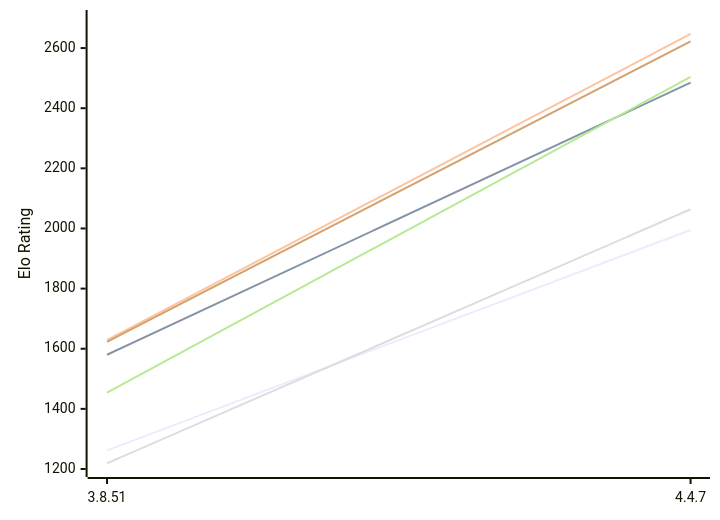
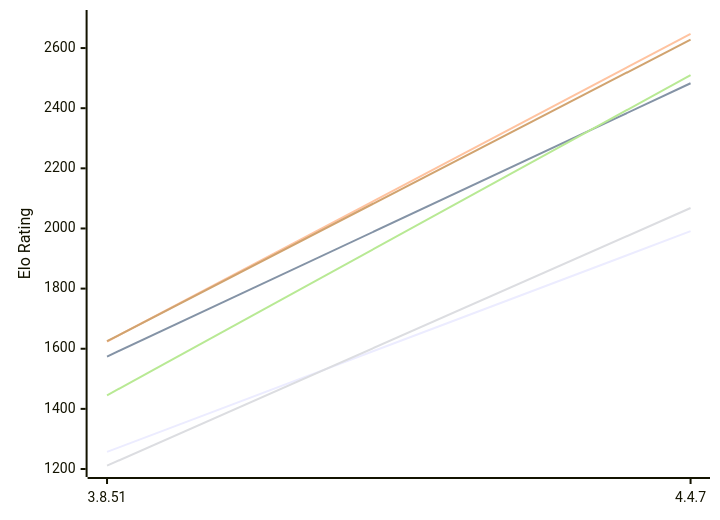
The first of 2 diagrams in engines/Scoria.md (computer-chess-index/cci), drawn with Mermaid before and after one commit. The commit also changed other lines of this file, not shown here.

Commit message:
Update CCI Ratings (ELO VLTC) - 2026-11-21

````diff
--- a/engines/Scoria.md
+++ b/engines/Scoria.md
@@ -50,12 +50,12 @@
 ```mermaid
 %%{init: {"theme":"base","themeVariables":{"seriesColors:['#a3a3a3','#222221','#faa371']}}}%%
 xychart-beta
   x-axis ["3.8.51", "4.4.7"]
   y-axis "Elo Rating" 1200 --> 2700
-  line "E1: STC (8.0+0.08s)" [1262, 1995]
-  line "E1: LTC (60.0+0.60s)" [1580, 2485]
-  line "E1: VLTC (2m24s+1.12s)" [1629, 2647]
-  line "P1: STC (8.0+0.08s)" [1219, 2064]
-  line "P1: LTC (60.0+0.60s)" [1454, 2504]
-  line "P1: VLTC (2m24s+1.12s)" [1623, 2622]
+  line "E1: STC (8.0+0.08s)" [1257, 1991]
+  line "E1: LTC (60.0+0.60s)" [1574, 2483]
+  line "E1: VLTC (2m24s+1.12s)" [1624, 2647]
+  line "P1: STC (8.0+0.08s)" [1211, 2068]
+  line "P1: LTC (60.0+0.60s)" [1445, 2510]
+  line "P1: VLTC (2m24s+1.12s)" [1625, 2628]
 ```
````
